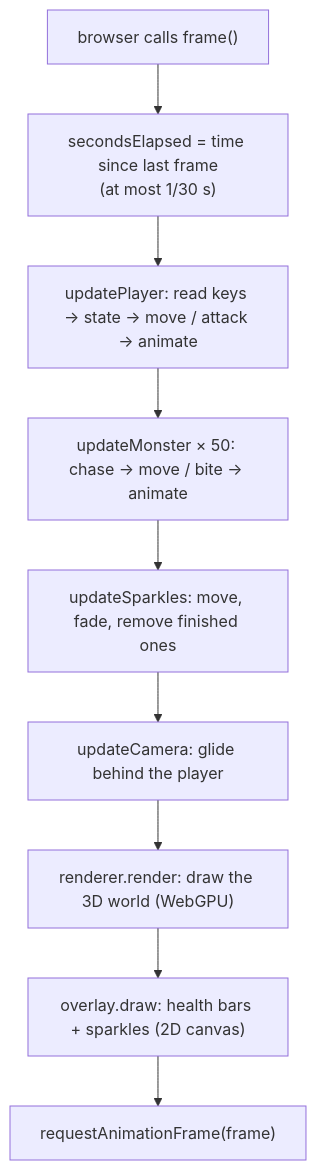
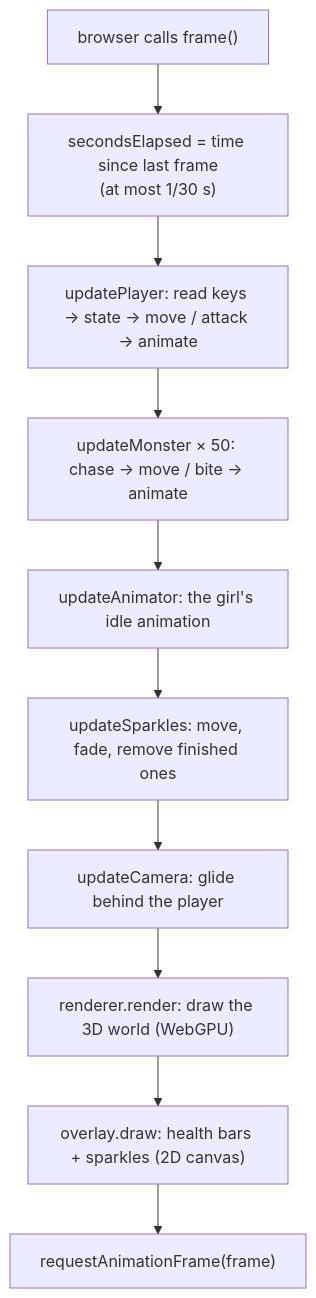
Before and after one commit to rockie-yang/Quick_3D_RPG: the first of 2 diagrams in docs/03-architecture.md, drawn with Mermaid. The commit also changed other lines of this file and 110 other files, not shown here.

````diff
--- a/docs/03-architecture.md
+++ b/docs/03-architecture.md
@@ -81,11 +88,12 @@
 ```mermaid
 flowchart TD
     Start["browser calls frame()"] --> Time["secondsElapsed = time since last frame<br/>(at most 1/30 s)"]
     Time --> Player["updatePlayer: read keys → state → move / attack → animate"]
     Player --> Monsters["updateMonster × 50: chase → move / bite → animate"]
-    Monsters --> Sparkles["updateSparkles: move, fade, remove finished ones"]
+    Monsters --> Girl["updateAnimator: the girl's idle animation"]
+    Girl --> Sparkles["updateSparkles: move, fade, remove finished ones"]
     Sparkles --> Camera["updateCamera: glide behind the player"]
     Camera --> Render["renderer.render: draw the 3D world (WebGPU)"]
     Render --> Overlay["overlay.draw: health bars + sparkles (2D canvas)"]
     Overlay --> Next["requestAnimationFrame(frame)"]
 ```
````
